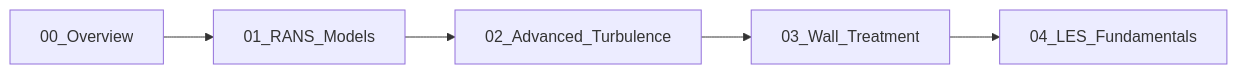
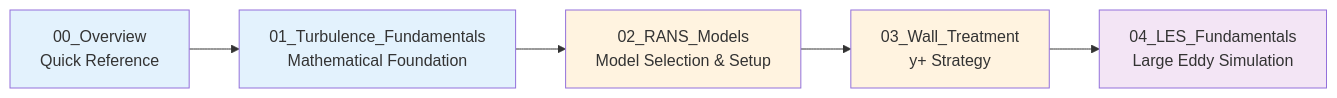
One commit to wramet/build-my-cfd changed the second of 2 diagrams in MODULE_03_SINGLE_PHASE_FLOW/CONTENT/03_TURBULENCE_MODELING/00_Overview.md. Above: the diagram before and after it, drawn with Mermaid. The commit also changed other lines of this file and 54 other files, not shown here.

````diff
--- a/MODULE_03_SINGLE_PHASE_FLOW/CONTENT/03_TURBULENCE_MODELING/00_Overview.md
+++ b/MODULE_03_SINGLE_PHASE_FLOW/CONTENT/03_TURBULENCE_MODELING/00_Overview.md
@@ -234,7 +388,13 @@
 ```mermaid
 flowchart LR
-    A[00_Overview] --> B[01_RANS_Models]
-    B --> C[02_Advanced_Turbulence]
-    C --> D[03_Wall_Treatment]
-    D --> E[04_LES_Fundamentals]
+    A[00_Overview<br/>Quick Reference] --> B[01_Turbulence_Fundamentals<br/>Mathematical Foundation]
+    B --> C[02_RANS_Models<br/>Model Selection & Setup]
+    C --> D[03_Wall_Treatment<br/>y+ Strategy]
+    D --> E[04_LES_Fundamentals<br/>Large Eddy Simulation]
+    
+    style A fill:#e3f2fd
+    style B fill:#e3f2fd
+    style C fill:#fff3e0
+    style D fill:#fff3e0
+    style E fill:#f3e5f5
 ```
````
